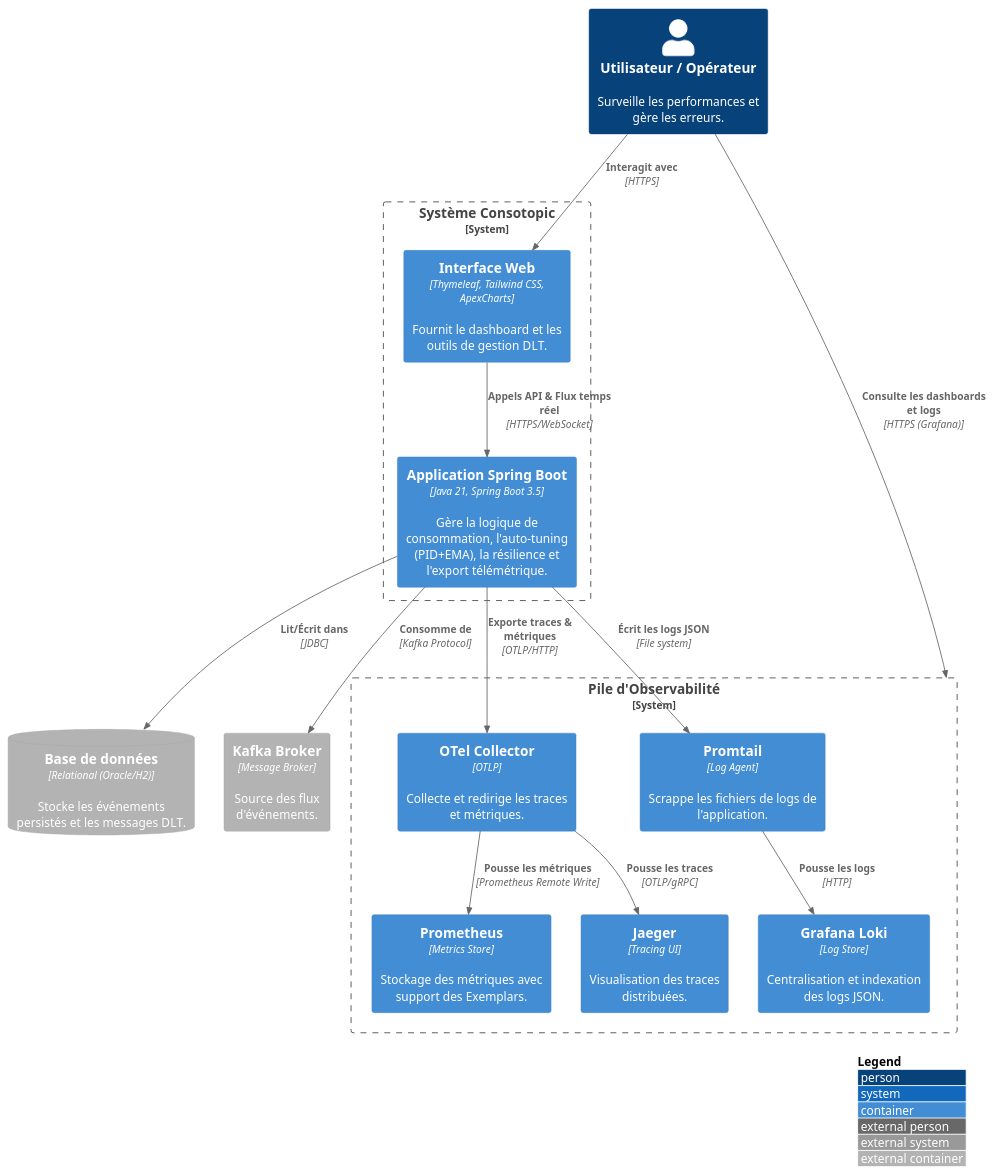
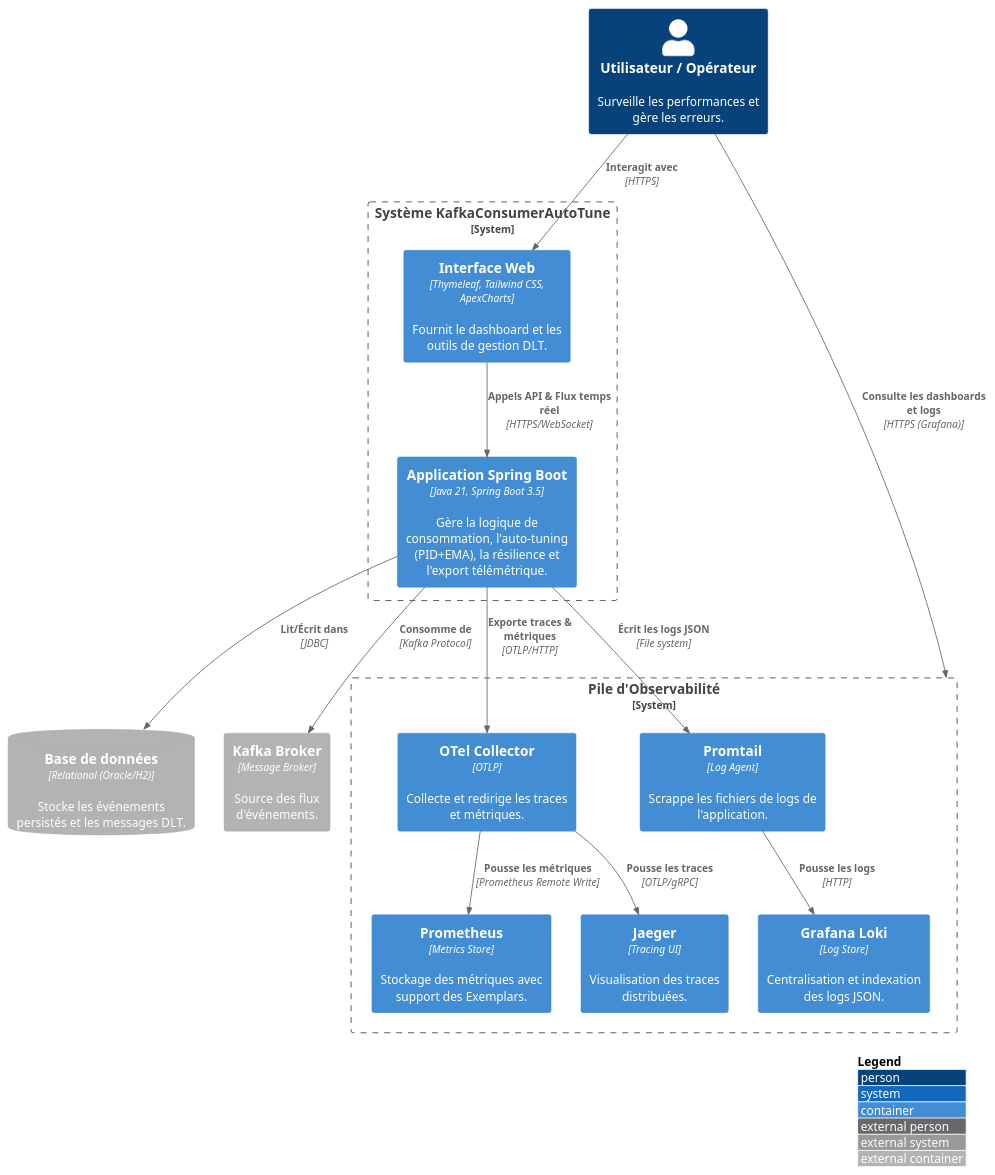
One commit to devdownin/kafkaconsumerautotune changed the second of 3 diagrams in docs/c4-models.md. Above: the diagram before and after it, drawn with PlantUML. The commit also changed other lines of this file and 9 other files, not shown here.

````diff
--- a/docs/c4-models.md
+++ b/docs/c4-models.md
@@ -37,37 +37,37 @@
 ```puml
 @startuml C4_Containers
 !include https://raw.githubusercontent.com/plantuml-stdlib/C4-PlantUML/master/C4_Container.puml
 
 LAYOUT_WITH_LEGEND()
 
 Person(user, "Utilisateur / Opérateur", "Surveille les performances et gère les erreurs.")
 
-System_Boundary(consotopic_boundary, "Système Consotopic") {
+System_Boundary(kafkaconsumerautotune_boundary, "Système KafkaConsumerAutoTune") {
     Container(ui, "Interface Web", "Thymeleaf, Tailwind CSS, ApexCharts", "Fournit le dashboard et les outils de gestion DLT.")
     Container(app, "Application Spring Boot", "Java 21, Spring Boot 3.5", "Gère la logique de consommation, l'auto-tuning (PID+EMA), la résilience et l'export télémétrique.")
 }
 
 System_Boundary(observability_boundary, "Pile d'Observabilité") {
     Container(collector, "OTel Collector", "OTLP", "Collecte et redirige les traces et métriques.")
     Container(prometheus, "Prometheus", "Metrics Store", "Stockage des métriques avec support des Exemplars.")
     Container(loki, "Grafana Loki", "Log Store", "Centralisation et indexation des logs JSON.")
     Container(promtail, "Promtail", "Log Agent", "Scrappe les fichiers de logs de l'application.")
     Container(jaeger, "Jaeger", "Tracing UI", "Visualisation des traces distribuées.")
 }
 
 ContainerDb_Ext(database, "Base de données", "Relational (Oracle/H2)", "Stocke les événements persistés et les messages DLT.")
 Container_Ext(kafka, "Kafka Broker", "Message Broker", "Source des flux d'événements.")
 
 Rel(user, ui, "Interagit avec", "HTTPS")
 Rel(user, observability_boundary, "Consulte les dashboards et logs", "HTTPS (Grafana)")
 Rel(ui, app, "Appels API & Flux temps réel", "HTTPS/WebSocket")
 Rel(app, database, "Lit/Écrit dans", "JDBC")
 Rel(app, kafka, "Consomme de", "Kafka Protocol")
 
 Rel(app, collector, "Exporte traces & métriques", "OTLP/HTTP")
 Rel(app, promtail, "Écrit les logs JSON", "File system")
 Rel(promtail, loki, "Pousse les logs", "HTTP")
 Rel(collector, prometheus, "Pousse les métriques", "Prometheus Remote Write")
 Rel(collector, jaeger, "Pousse les traces", "OTLP/gRPC")
 @enduml
 ```
````
